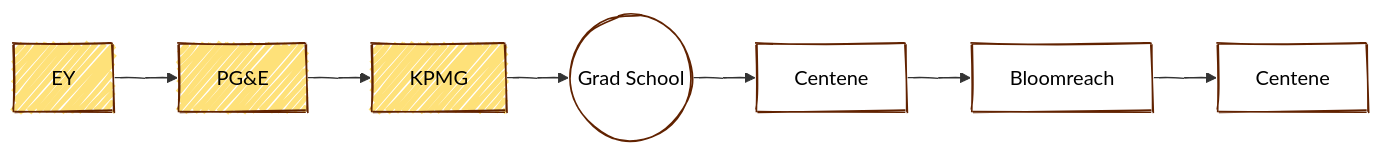
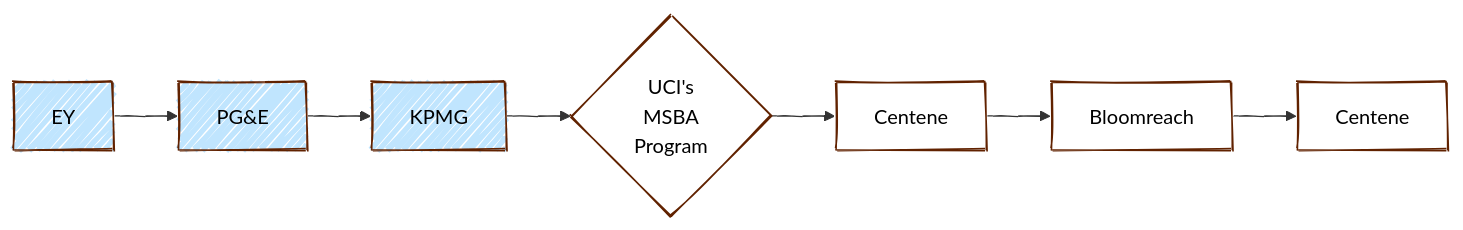
Before and after one commit to JavOrraca/Big-Data-Tiny-Laptop: the sixth of 13 diagrams in big-data-tiny-laptop.qmd, drawn with Mermaid. The commit also changed other lines of this file and 73 other files, not shown here.

````diff
--- a/big-data-tiny-laptop.qmd
+++ b/big-data-tiny-laptop.qmd
@@ -128,20 +135,20 @@
 ```{mermaid}
 %%| eval: true
 ---
 config:
   look: handDrawn
 ---
 
 flowchart LR
   A[EY] --> B[PG&E]
   B --> C[KPMG]
-  C --> D((Grad School))
+  C --> D{UCI's<br>MSBA<br>Program}
   D --> E[Centene]
   E --> F[Bloomreach]
   F --> G[Centene]
 
-  classDef yellowdrawn fill:#fee179,stroke:#612200,color:#000000;
+  classDef bluedrawn fill:#c0e5fe,stroke:#612200,color:#000000;
   classDef whitedrawn fill:#ffffff,stroke:#612200,color:#000000;
-  class A,B,C yellowdrawn;
+  class A,B,C bluedrawn;
   class D,E,F,G whitedrawn;
 ```
````
